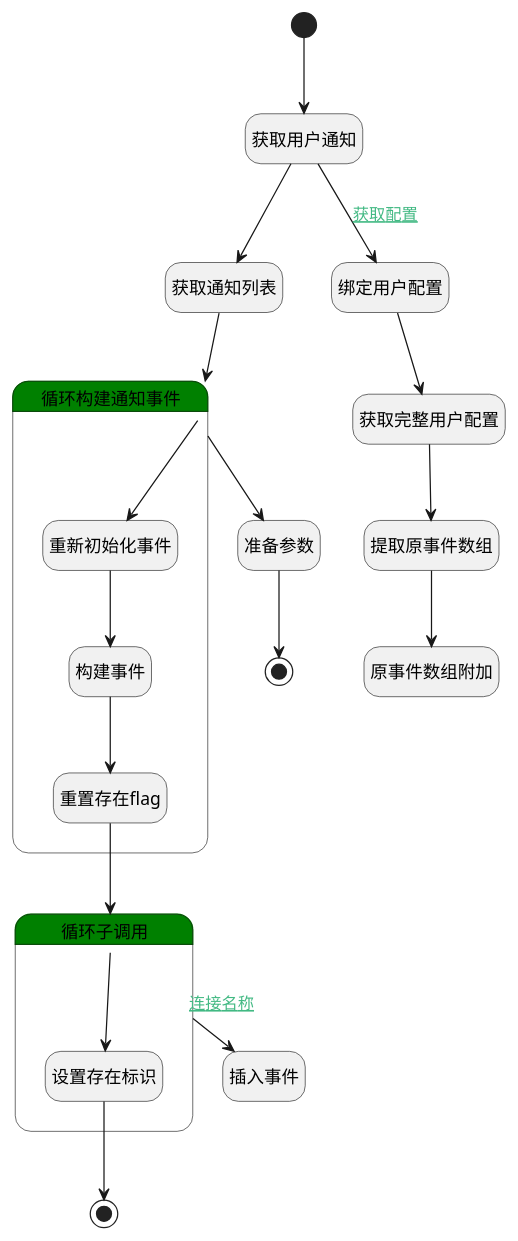
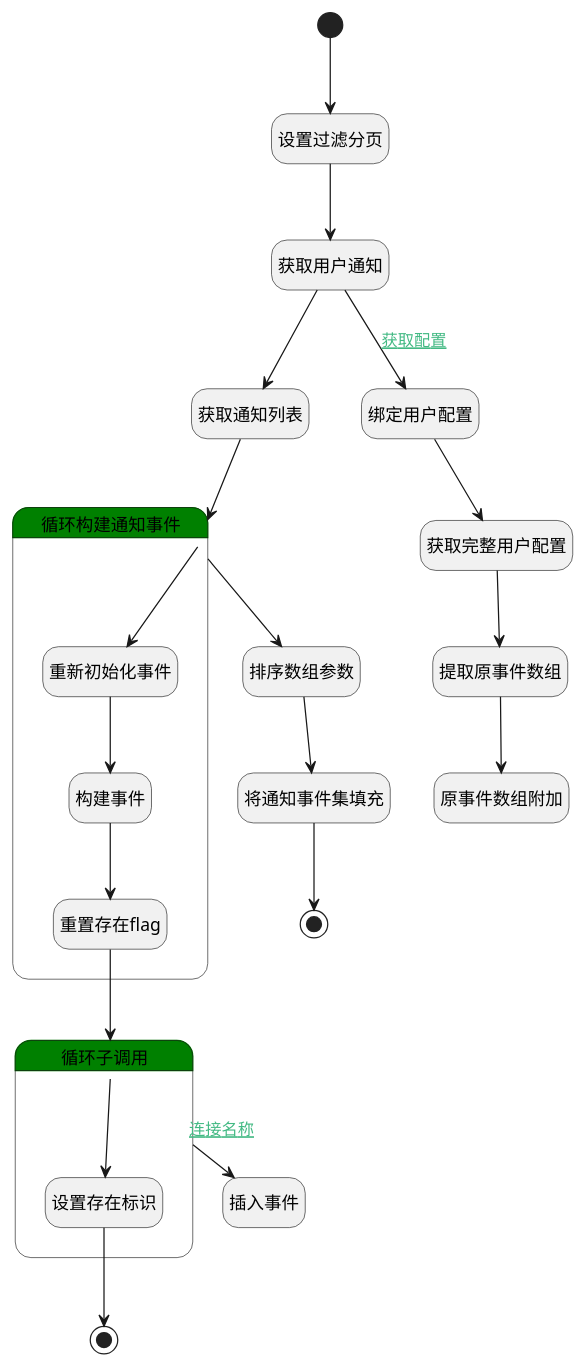
Before and after one commit to iBizLab/plm: the diagram in doc/docsify/module/Base/notify_setting/logic/get_by_user.md, drawn with PlantUML. The commit also changed other lines of this file and 2344 other files, not shown here.

````diff
--- a/doc/docsify/module/Base/notify_setting/logic/get_by_user.md
+++ b/doc/docsify/module/Base/notify_setting/logic/get_by_user.md
@@ -7,51 +7,55 @@
 ```plantuml
 @startuml
 hide empty description
 <style>
 root {
   HyperlinkColor #42b983
 }
 </style>
 
 hide empty description
 state "开始" as Begin <<start>> [[$./get_by_user#begin {"开始"}]]
+state "设置过滤分页" as PREPAREPARAM5  [[$./get_by_user#prepareparam5 {"设置过滤分页"}]]
 state "获取用户通知" as DEDATASET1  [[$./get_by_user#dedataset1 {"获取用户通知"}]]
 state "获取通知列表" as DEDATASET2  [[$./get_by_user#dedataset2 {"获取通知列表"}]]
 state "结束" as END1 <<end>> [[$./get_by_user#end1 {"结束"}]]
-state "准备参数" as PREPAREPARAM2  [[$./get_by_user#prepareparam2 {"准备参数"}]]
+state "排序数组参数" as SORTPARAM1  [[$./get_by_user#sortparam1 {"排序数组参数"}]]
+state "将通知事件集填充" as PREPAREPARAM2  [[$./get_by_user#prepareparam2 {"将通知事件集填充"}]]
 state "绑定用户配置" as BINDPARAM1  [[$./get_by_user#bindparam1 {"绑定用户配置"}]]
 state "获取完整用户配置" as DEACTION1  [[$./get_by_user#deaction1 {"获取完整用户配置"}]]
 state "提取原事件数组" as BINDPARAM3  [[$./get_by_user#bindparam3 {"提取原事件数组"}]]
 state "原事件数组附加" as APPENDPARAM2  [[$./get_by_user#appendparam2 {"原事件数组附加"}]]
 state "插入事件" as APPENDPARAM1  [[$./get_by_user#appendparam1 {"插入事件"}]]
 state "结束" as END2 <<end>> [[$./get_by_user#end2 {"结束"}]]
 state "循环构建通知事件" as LOOPSUBCALL1  [[$./get_by_user#loopsubcall1 {"循环构建通知事件"}]] #green {
 state "重新初始化事件" as RENEWPARAM1  [[$./get_by_user#renewparam1 {"重新初始化事件"}]]
 state "构建事件" as PREPAREPARAM1  [[$./get_by_user#prepareparam1 {"构建事件"}]]
 state "重置存在flag" as PREPAREPARAM4  [[$./get_by_user#prepareparam4 {"重置存在flag"}]]
 }
 state "循环子调用" as LOOPSUBCALL2  [[$./get_by_user#loopsubcall2 {"循环子调用"}]] #green {
 state "设置存在标识" as PREPAREPARAM3  [[$./get_by_user#prepareparam3 {"设置存在标识"}]]
 }
 
 
-Begin --> DEDATASET1
+Begin --> PREPAREPARAM5
+PREPAREPARAM5 --> DEDATASET1
 DEDATASET1 --> BINDPARAM1 : [[$./get_by_user#dedataset1-bindparam1{获取配置} 获取配置]]
 BINDPARAM1 --> DEACTION1
 DEACTION1 --> BINDPARAM3
 BINDPARAM3 --> APPENDPARAM2
 DEDATASET1 --> DEDATASET2
 DEDATASET2 --> LOOPSUBCALL1
 LOOPSUBCALL1 --> RENEWPARAM1
 RENEWPARAM1 --> PREPAREPARAM1
 PREPAREPARAM1 --> PREPAREPARAM4
 PREPAREPARAM4 --> LOOPSUBCALL2
 LOOPSUBCALL2 --> PREPAREPARAM3
 PREPAREPARAM3 --> END2
 LOOPSUBCALL2 --> APPENDPARAM1 : [[$./get_by_user#loopsubcall2-appendparam1{连接名称} 连接名称]]
-LOOPSUBCALL1 --> PREPAREPARAM2
+LOOPSUBCALL1 --> SORTPARAM1
+SORTPARAM1 --> PREPAREPARAM2
 PREPAREPARAM2 --> END1
 
 
 @enduml
 ```
````
